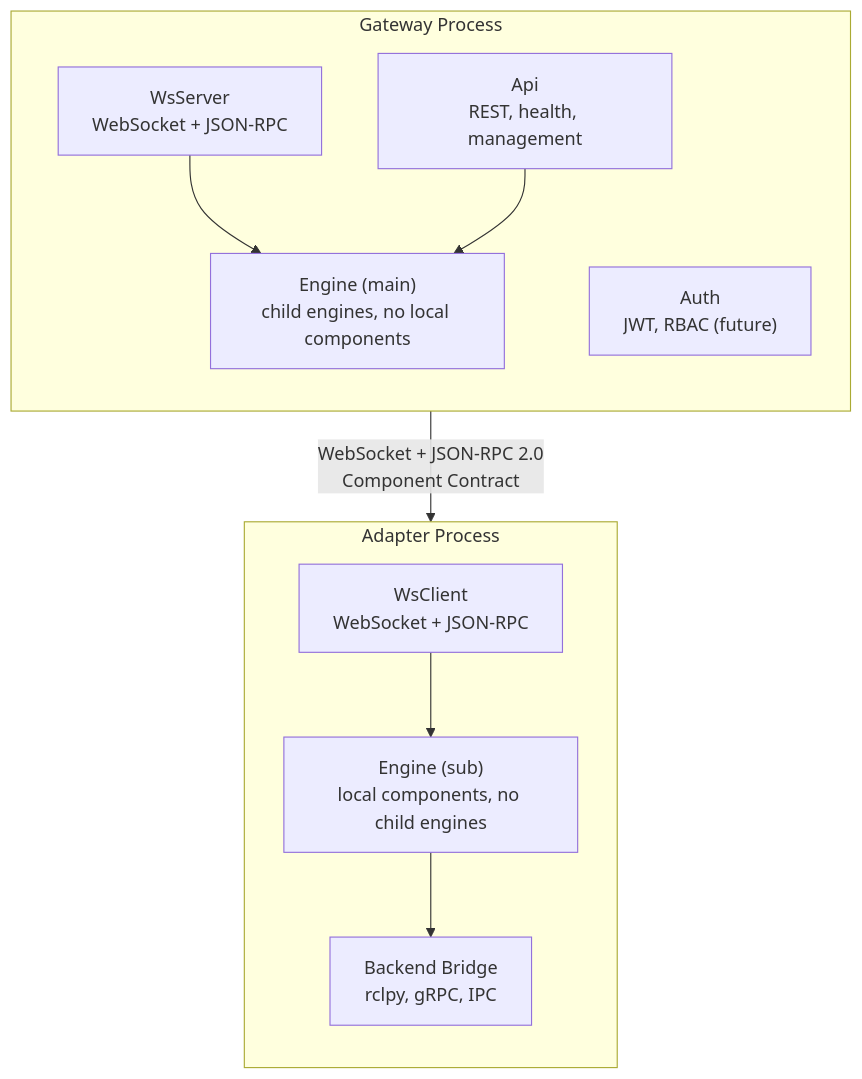
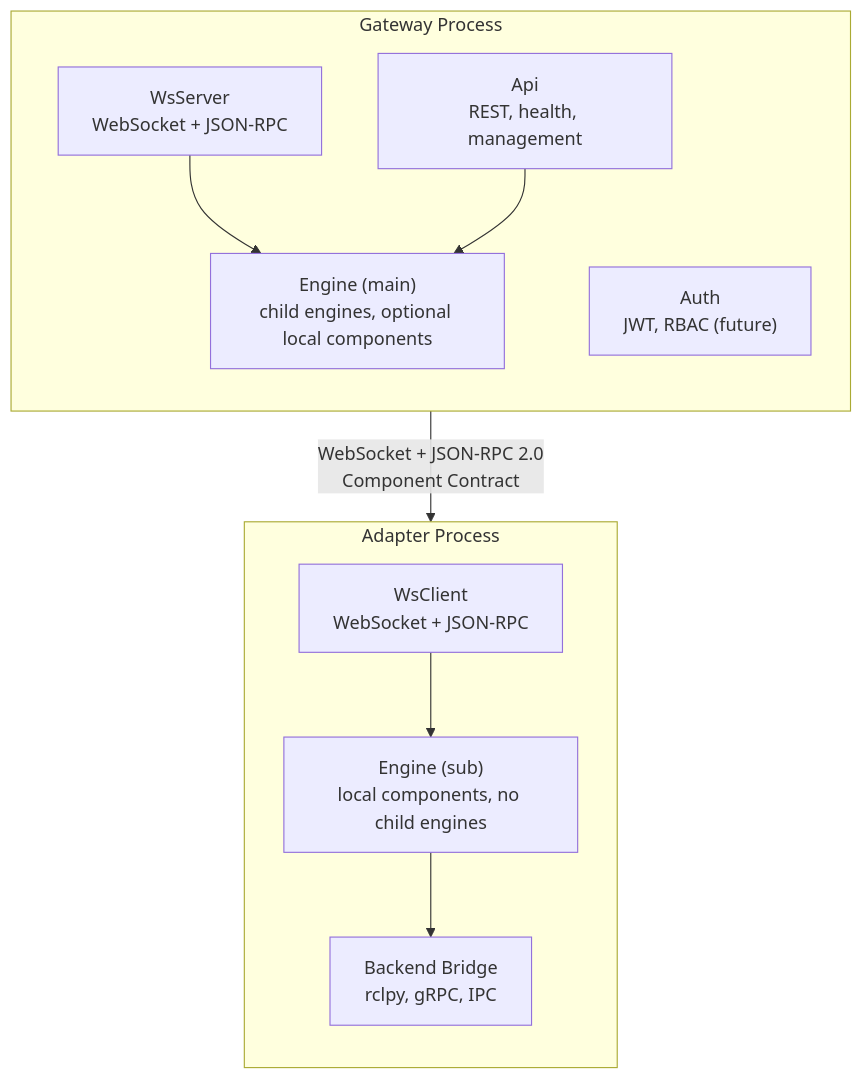
Before and after one commit to openrois/openrois-docs: the second of 2 diagrams in docs/White Paper/recursive-engine.md, drawn with Mermaid. The commit also changed other lines of this file and 1 other file, not shown here.

Commit message:
docs: remove assumption that main engine cannot have local components

````diff
--- a/docs/White Paper/recursive-engine.md
+++ b/docs/White Paper/recursive-engine.md
@@ -45,23 +48,23 @@
 ```mermaid
 flowchart TB
     subgraph Gateway["Gateway Process"]
         direction TB
-        EngineG["Engine (main)<br/>child engines, no local components"]
+        EngineG["Engine (main)<br/>child engines, optional local components"]
         WsServer["WsServer<br/>WebSocket + JSON-RPC"]
         Api["Api<br/>REST, health, management"]
         Auth["Auth<br/>JWT, RBAC (future)"]
         WsServer --> EngineG
         Api --> EngineG
     end
 
     subgraph Adapter["Adapter Process"]
         direction TB
         EngineA["Engine (sub)<br/>local components, no child engines"]
         WsClient["WsClient<br/>WebSocket + JSON-RPC"]
         Backend["Backend Bridge<br/>rclpy, gRPC, IPC"]
         WsClient --> EngineA
         EngineA --> Backend
     end
 
     WsServer -->|"WebSocket + JSON-RPC 2.0<br/>Component Contract"| WsClient
 ```
````
